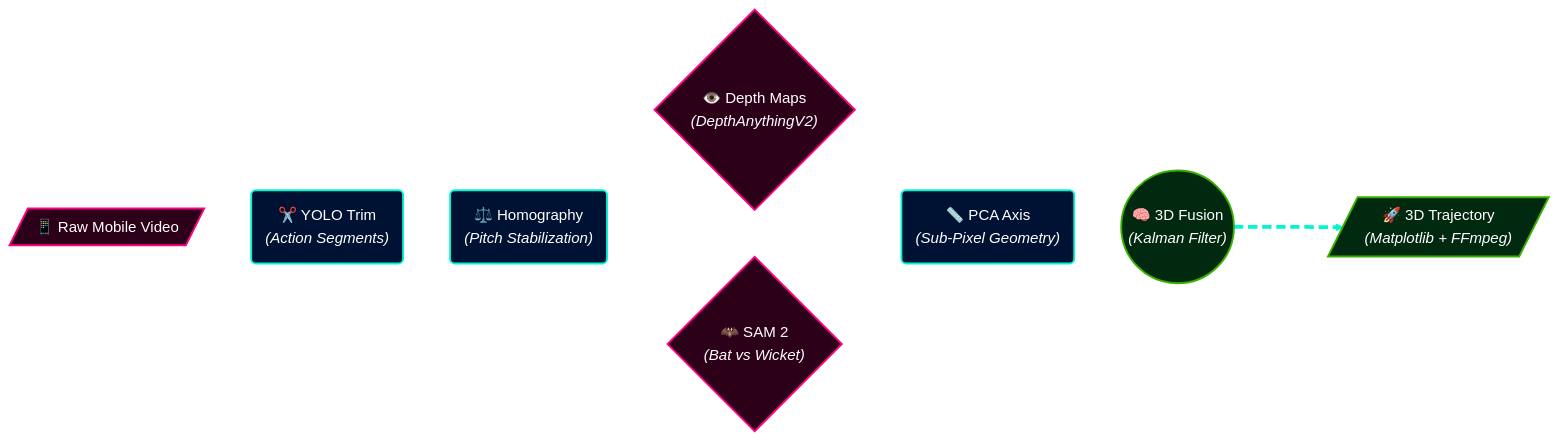
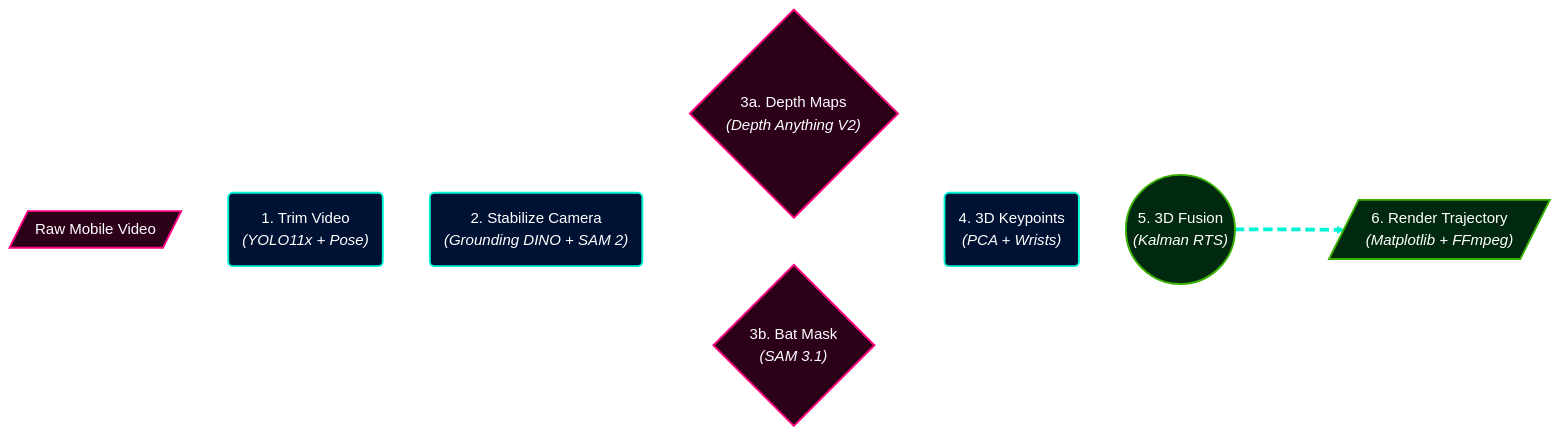
One commit to adnanmsk/blog_privew changed the third of 4 diagrams in pipeline_diagrams.md. Above: the diagram before and after it, drawn with Mermaid. The commit also changed other lines of this file, not shown here.

Commit message:
Remove emojis and fix model names in diagram options

````diff
--- a/pipeline_diagrams.md
+++ b/pipeline_diagrams.md
@@ -86,23 +86,23 @@
 ```mermaid
 flowchart LR
     %% Custom Styles
     classDef pink fill:#2d001a,stroke:#ff007f,stroke-width:2px,color:#fff;
     classDef blue fill:#001233,stroke:#00f5d4,stroke-width:2px,color:#fff;
     classDef green fill:#002910,stroke:#38b000,stroke-width:2px,color:#fff;
 
-    A[/"📱 Raw Mobile Video"/]:::pink --> B("✂️ YOLO Trim<br><i>(Action Segments)</i>"):::blue
-    B --> C("⚖️ Homography<br><i>(Pitch Stabilization)</i>"):::blue
+    A[/"Raw Mobile Video"/]:::pink --> B("1. Trim Video<br><i>(YOLO11x + Pose)</i>"):::blue
+    B --> C("2. Stabilize Camera<br><i>(Grounding DINO + SAM 2)</i>"):::blue
     
-    C --> D{"👁️ Depth Maps<br><i>(DepthAnythingV2)</i>"}:::pink
-    C --> E{"🦇 SAM 2<br><i>(Bat vs Wicket)</i>"}:::pink
+    C --> D{"3a. Depth Maps<br><i>(Depth Anything V2)</i>"}:::pink
+    C --> E{"3b. Bat Mask<br><i>(SAM 3.1)</i>"}:::pink
     
-    D --> F("📏 PCA Axis<br><i>(Sub-Pixel Geometry)</i>"):::blue
+    D --> F("4. 3D Keypoints<br><i>(PCA + Wrists)</i>"):::blue
     E --> F
     
-    F --> G(("🧠 3D Fusion<br><i>(Kalman Filter)</i>")):::green
-    G ===> H[/"🚀 3D Trajectory<br><i>(Matplotlib + FFmpeg)</i>"/]:::green
+    F --> G(("5. 3D Fusion<br><i>(Kalman RTS)</i>")):::green
+    G ===> H[/"6. Render Trajectory<br><i>(Matplotlib + FFmpeg)</i>"/]:::green
     
     %% Animated-looking dashed lines
     linkStyle 0,1,2,3,4,5,6 stroke:#fff,stroke-width:2px,stroke-dasharray: 8 4;
     linkStyle 7 stroke:#00f5d4,stroke-width:4px,stroke-dasharray: 10 5;
 ```
````
